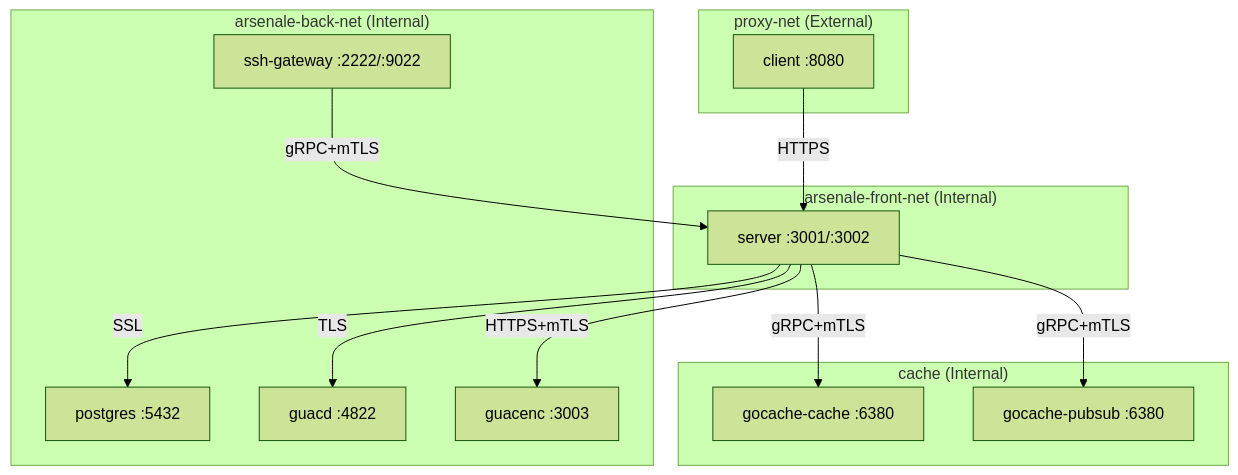
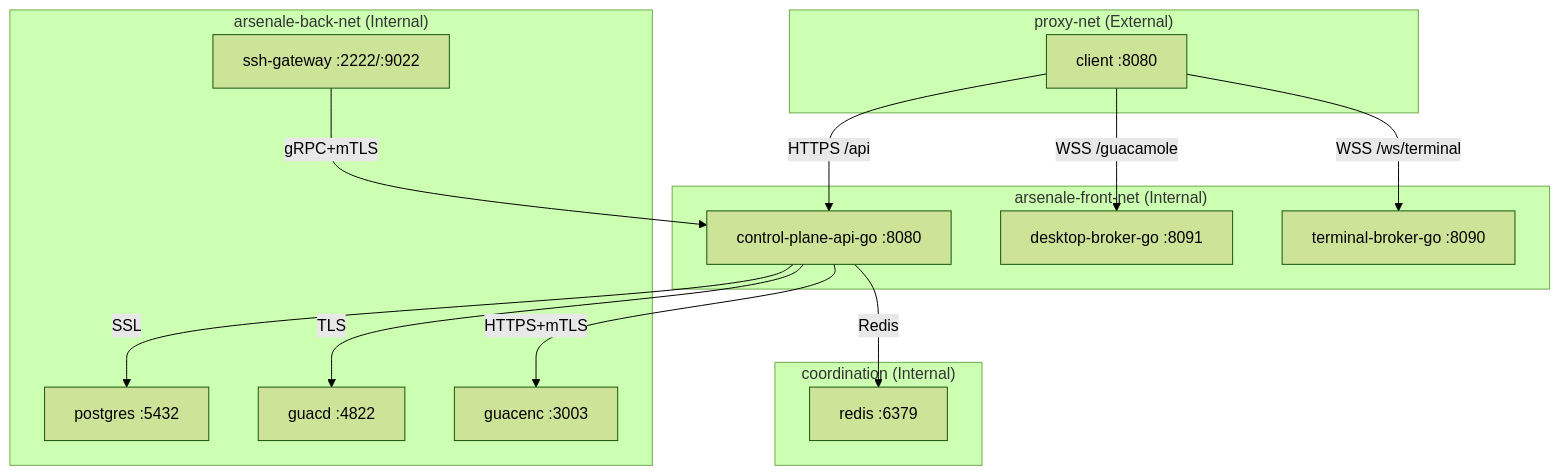
The second of 4 diagrams in docs/deployment.md (dnviti/arsenale), drawn with Mermaid (forest theme) before and after one commit. The commit also changed other lines of this file and 300 other files, not shown here.

````diff
--- a/docs/deployment.md
+++ b/docs/deployment.md
@@ -92,30 +88,32 @@
 ```mermaid
 flowchart TD
     subgraph proxy["proxy-net (External)"]
         Client["client :8080"]
     end
 
     subgraph front["arsenale-front-net (Internal)"]
-        Server["server :3001/:3002"]
+        API["control-plane-api-go :8080"]
+        Desktop["desktop-broker-go :8091"]
+        Terminal["terminal-broker-go :8090"]
     end
 
     subgraph back["arsenale-back-net (Internal)"]
         Postgres["postgres :5432"]
         Guacd["guacd :4822"]
         SSHGw["ssh-gateway :2222/:9022"]
         Guacenc["guacenc :3003"]
     end
 
-    subgraph cache["cache (Internal)"]
-        KV["gocache-cache :6380"]
-        PubSub["gocache-pubsub :6380"]
+    subgraph cache["coordination (Internal)"]
+        Redis["redis :6379"]
     end
 
-    Client -->|"HTTPS"| Server
-    Server -->|"SSL"| Postgres
-    Server -->|"TLS"| Guacd
-    Server -->|"gRPC+mTLS"| KV
-    Server -->|"gRPC+mTLS"| PubSub
-    Server -->|"HTTPS+mTLS"| Guacenc
-    SSHGw -->|"gRPC+mTLS"| Server
+    Client -->|"HTTPS /api"| API
+    Client -->|"WSS /guacamole"| Desktop
+    Client -->|"WSS /ws/terminal"| Terminal
+    API -->|"SSL"| Postgres
+    API -->|"TLS"| Guacd
+    API -->|"Redis"| Redis
+    API -->|"HTTPS+mTLS"| Guacenc
+    SSHGw -->|"gRPC+mTLS"| API
 ```
````
